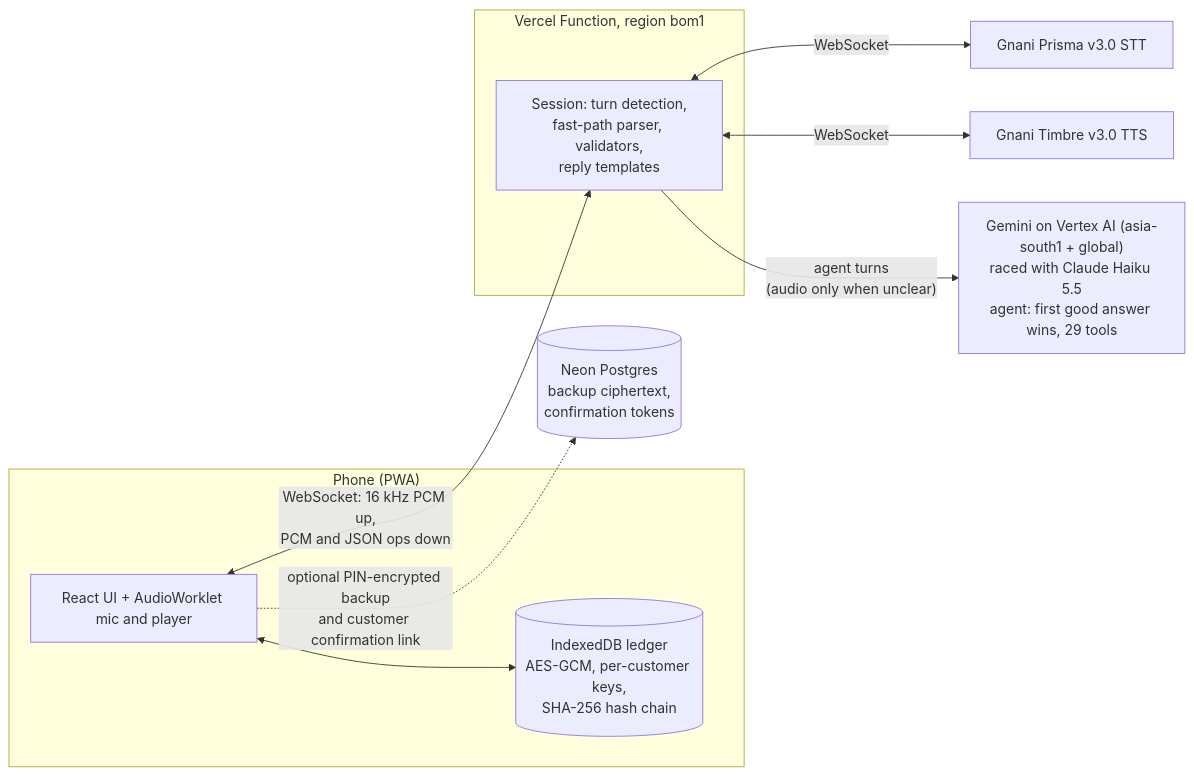
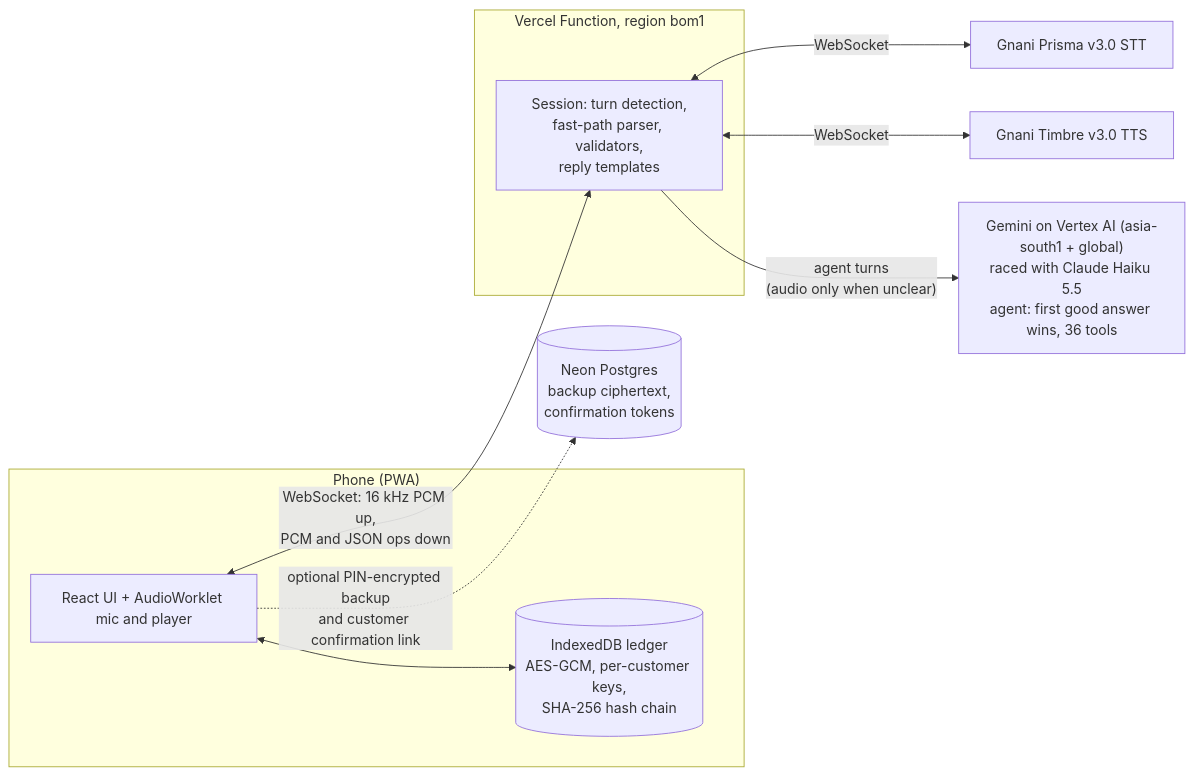
Before and after one commit to sulaiman-shariff/voice-khata: the first of 2 diagrams in README.md, drawn with Mermaid. The commit also changed other lines of this file, not shown here.

Commit message:
README: explain the product for a first-time reader

````diff
--- a/README.md
+++ b/README.md
@@ -50,20 +76,20 @@
 ```mermaid
 flowchart LR
   subgraph Phone["Phone (PWA)"]
     UI["React UI + AudioWorklet mic and player"]
     DB[("IndexedDB ledger<br/>AES-GCM, per-customer keys,<br/>SHA-256 hash chain")]
     UI <--> DB
   end
   subgraph Vercel["Vercel Function, region bom1"]
     S["Session: turn detection,<br/>fast-path parser, validators,<br/>reply templates"]
   end
   STT["Gnani Prisma v3.0 STT"]
   TTS["Gnani Timbre v3.0 TTS"]
-  LLM["Gemini on Vertex AI (asia-south1 + global)<br/>raced with Claude Haiku 5.5<br/>agent: first good answer wins, 29 tools"]
+  LLM["Gemini on Vertex AI (asia-south1 + global)<br/>raced with Claude Haiku 5.5<br/>agent: first good answer wins, 36 tools"]
   NEON[("Neon Postgres<br/>backup ciphertext,<br/>confirmation tokens")]
   UI <-- "WebSocket: 16 kHz PCM up,<br/>PCM and JSON ops down" --> S
   S <-- WebSocket --> STT
   S <-- WebSocket --> TTS
   S -- "agent turns<br/>(audio only when unclear)" --> LLM
   UI -. "optional PIN-encrypted backup<br/>and customer confirmation link" .-> NEON
 ```
````
